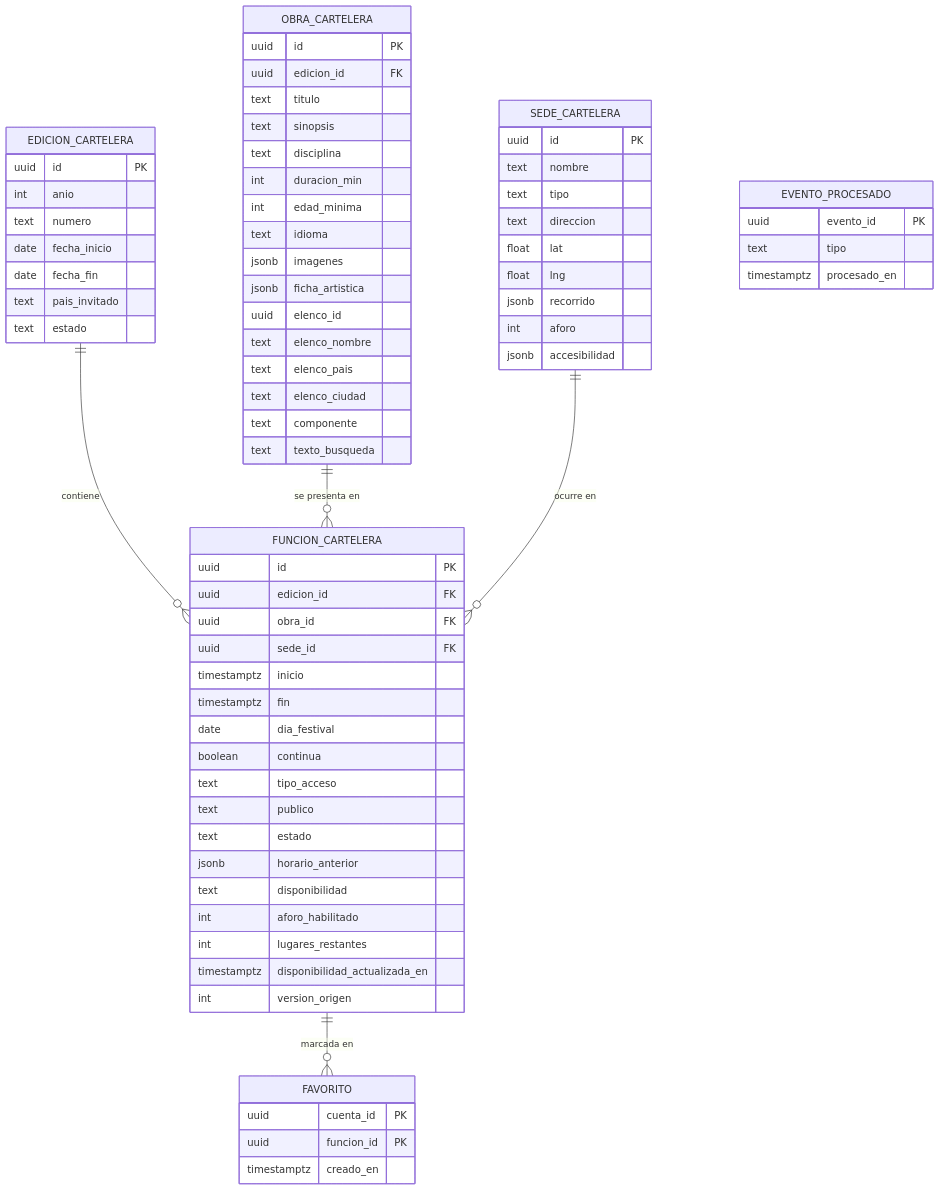
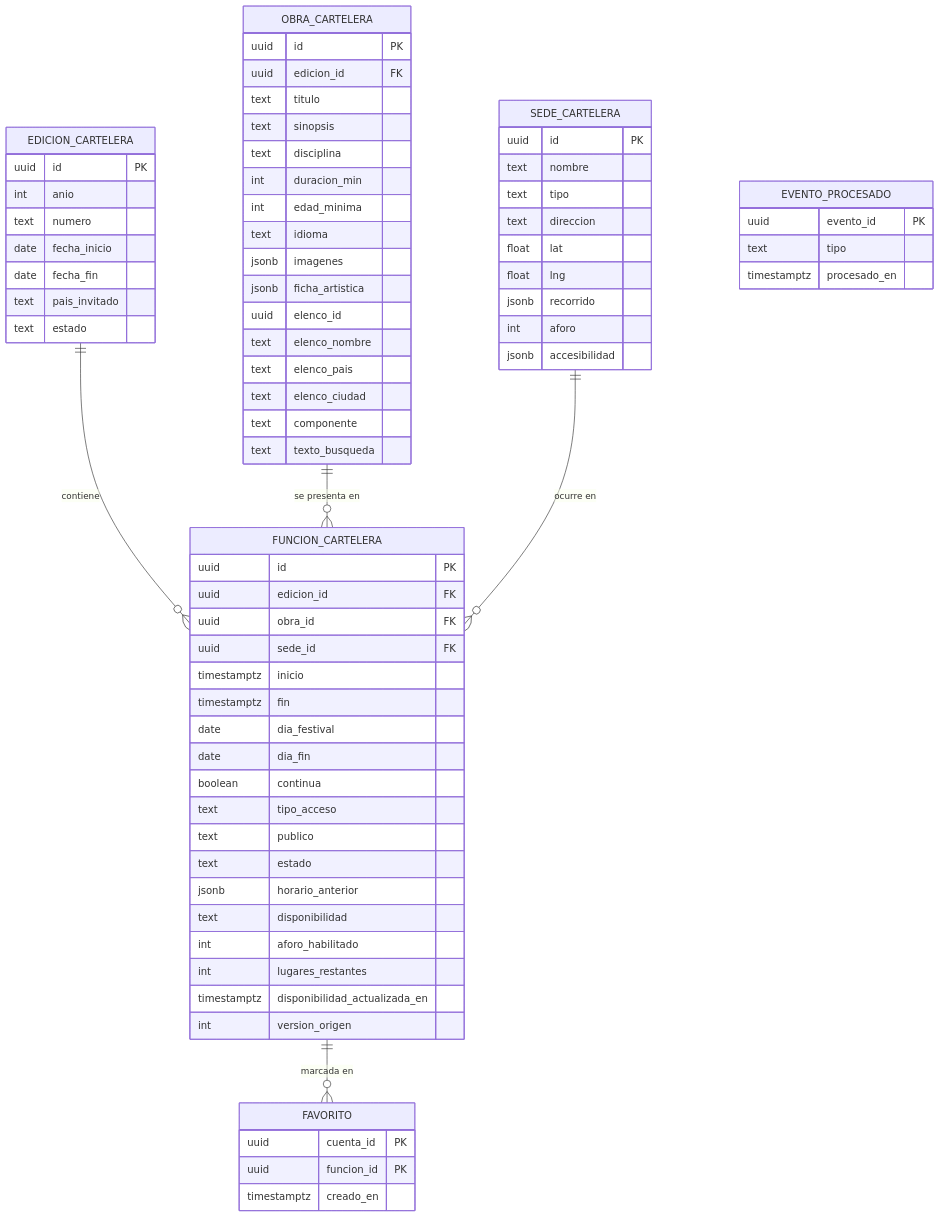
The first of 2 diagrams in specs/001-cartelera-programacion/data-model.md (Kevrc/festival-artes-vivas-loja), drawn with Mermaid before and after one commit. The commit also changed other lines of this file and 6 other files, not shown here.

````diff
--- a/specs/001-cartelera-programacion/data-model.md
+++ b/specs/001-cartelera-programacion/data-model.md
@@ -7,74 +7,75 @@
 ```mermaid
 erDiagram
     EDICION_CARTELERA ||--o{ FUNCION_CARTELERA : contiene
     OBRA_CARTELERA ||--o{ FUNCION_CARTELERA : "se presenta en"
     SEDE_CARTELERA ||--o{ FUNCION_CARTELERA : "ocurre en"
     FUNCION_CARTELERA ||--o{ FAVORITO : "marcada en"
     EDICION_CARTELERA {
         uuid id PK
         int anio
         text numero
         date fecha_inicio
         date fecha_fin
         text pais_invitado
         text estado
     }
     OBRA_CARTELERA {
         uuid id PK
         uuid edicion_id FK
         text titulo
         text sinopsis
         text disciplina
         int duracion_min
         int edad_minima
         text idioma
         jsonb imagenes
         jsonb ficha_artistica
         uuid elenco_id
         text elenco_nombre
         text elenco_pais
         text elenco_ciudad
         text componente
         text texto_busqueda
     }
     SEDE_CARTELERA {
         uuid id PK
         text nombre
         text tipo
         text direccion
         float lat
         float lng
         jsonb recorrido
         int aforo
         jsonb accesibilidad
     }
     FUNCION_CARTELERA {
         uuid id PK
         uuid edicion_id FK
         uuid obra_id FK
         uuid sede_id FK
         timestamptz inicio
         timestamptz fin
         date dia_festival
+        date dia_fin
         boolean continua
         text tipo_acceso
         text publico
         text estado
         jsonb horario_anterior
         text disponibilidad
         int aforo_habilitado
         int lugares_restantes
         timestamptz disponibilidad_actualizada_en
         int version_origen
     }
     FAVORITO {
         uuid cuenta_id PK
         uuid funcion_id PK
         timestamptz creado_en
     }
     EVENTO_PROCESADO {
         uuid evento_id PK
         text tipo
         timestamptz procesado_en
     }
 ```
````
